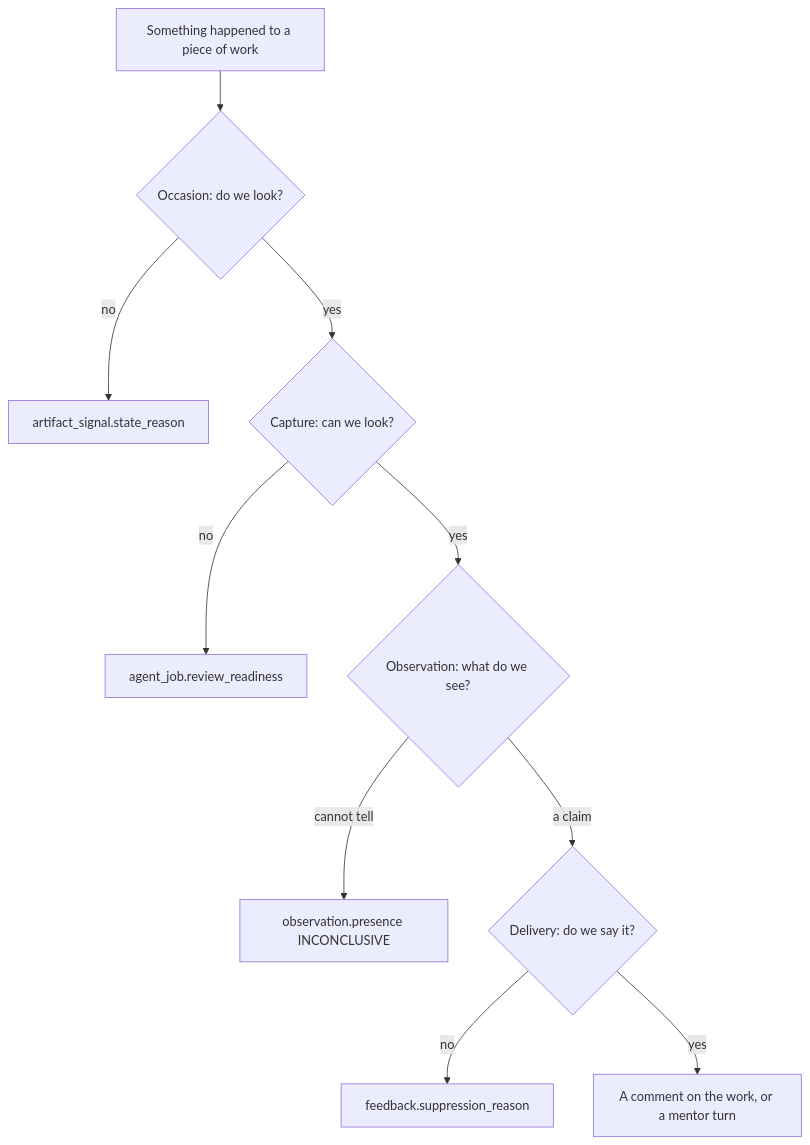
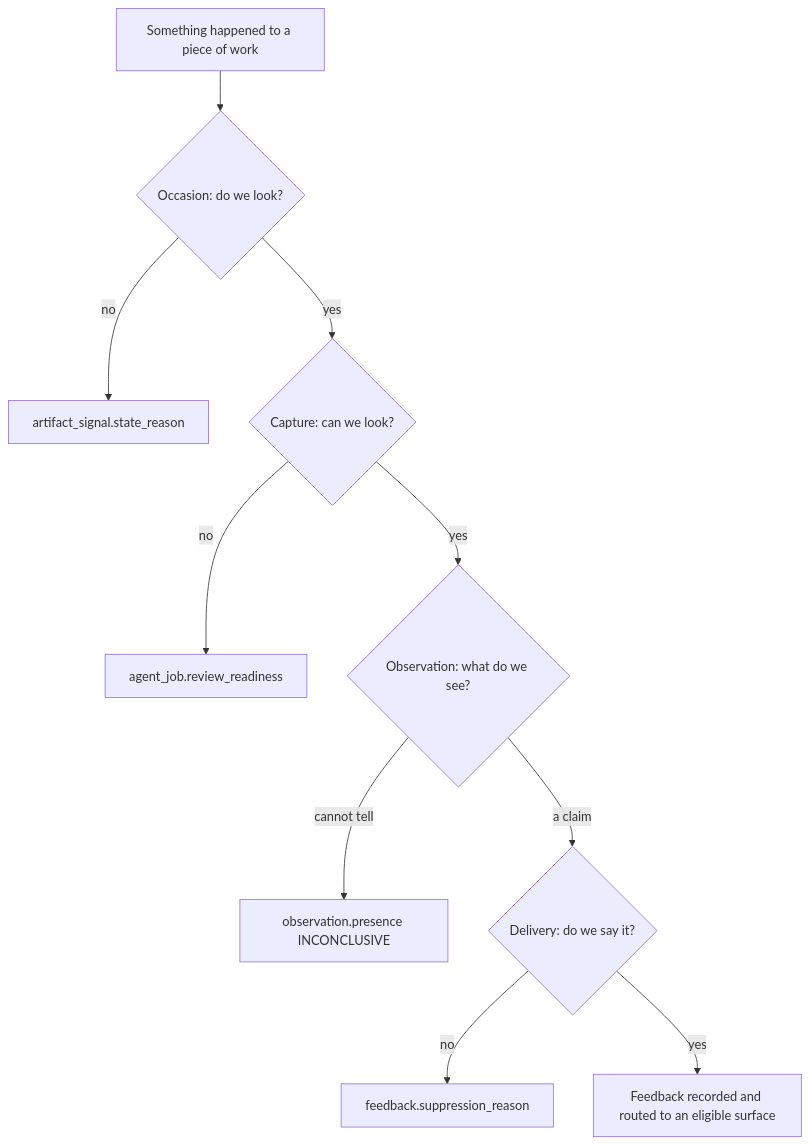
Before and after one commit to ls1intum/Hephaestus: the first of 5 diagrams in docs/contributor/practice-review-pipeline.mdx, drawn with Mermaid. The commit also changed other lines of this file and 9 other files, not shown here.

````diff
--- a/docs/contributor/practice-review-pipeline.mdx
+++ b/docs/contributor/practice-review-pipeline.mdx
@@ -13,12 +11,12 @@
 ```mermaid
 flowchart TB
     Work[Something happened to a piece of work] --> Occasion{Occasion: do we look?}
     Occasion -->|no| Refused[artifact_signal.state_reason]
     Occasion -->|yes| Capture{Capture: can we look?}
     Capture -->|no| Unready[agent_job.review_readiness]
     Capture -->|yes| Observe{Observation: what do we see?}
     Observe -->|cannot tell| Inconclusive[observation.presence INCONCLUSIVE]
     Observe -->|a claim| Deliver{Delivery: do we say it?}
     Deliver -->|no| Quiet[feedback.suppression_reason]
-    Deliver -->|yes| Said[A comment on the work, or a mentor turn]
+    Deliver -->|yes| Said[Feedback recorded and routed to an eligible surface]
 ```
````
